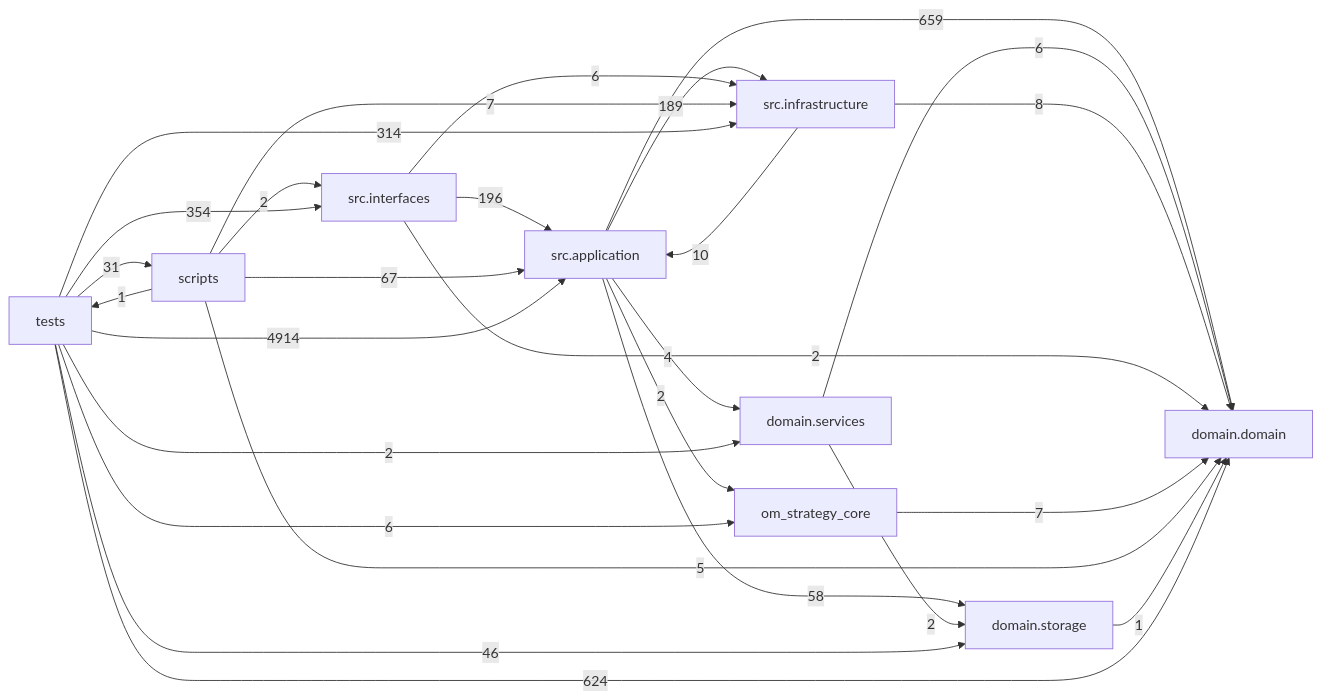
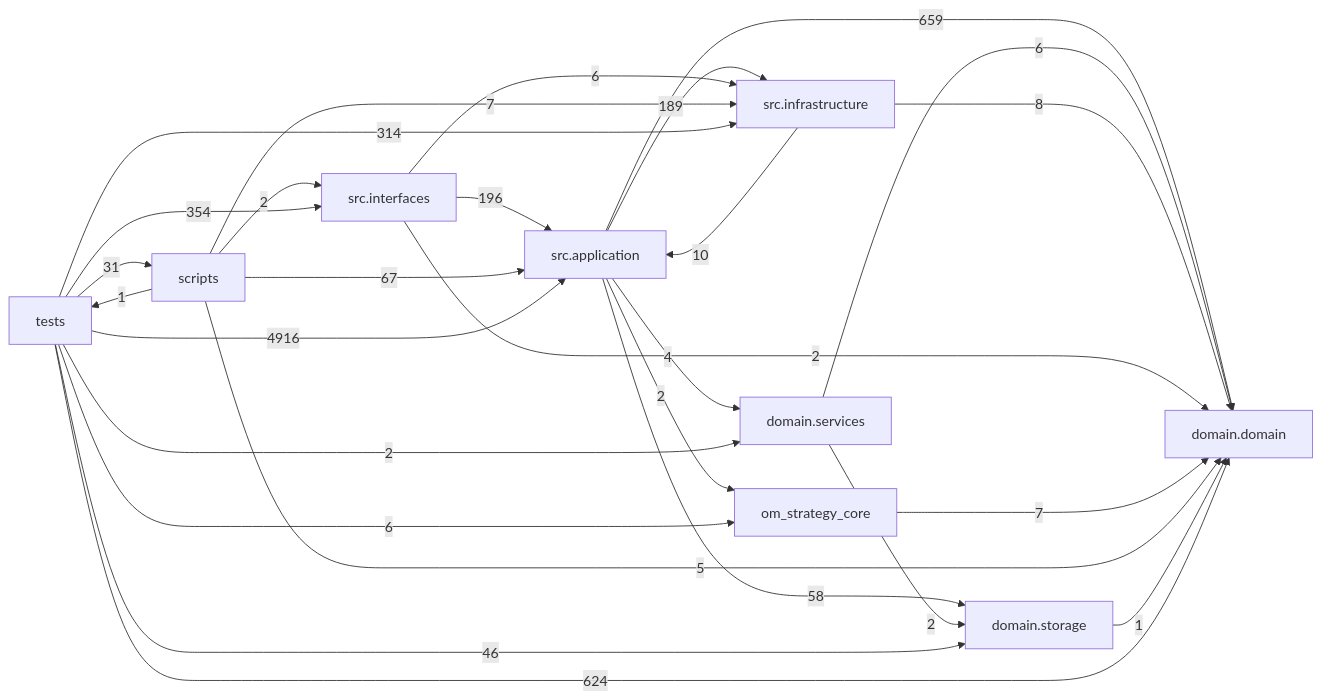
One commit to liuxie066/options-monitor changed the diagram in docs/DEPENDENCY_GRAPH.md. Above: the diagram before and after it, drawn with Mermaid. The commit also changed other lines of this file and 5 other files, not shown here.

````diff
--- a/docs/DEPENDENCY_GRAPH.md
+++ b/docs/DEPENDENCY_GRAPH.md
@@ -24,38 +24,38 @@
 ```mermaid
 flowchart LR
   tests["tests"]
   scripts["scripts"]
   interfaces["src.interfaces"]
   application["src.application"]
   infrastructure["src.infrastructure"]
   domain_services["domain.services"]
   domain["domain.domain"]
   storage["domain.storage"]
   application -->|659| domain
   application -->|4| domain_services
   application -->|189| infrastructure
   application -->|2| om_strategy_core
   application -->|58| storage
   domain_services -->|6| domain
   domain_services -->|2| storage
   infrastructure -->|10| application
   infrastructure -->|8| domain
   interfaces -->|196| application
   interfaces -->|2| domain
   interfaces -->|6| infrastructure
   om_strategy_core -->|7| domain
   scripts -->|67| application
   scripts -->|5| domain
   scripts -->|7| infrastructure
   scripts -->|2| interfaces
   scripts -->|1| tests
   storage -->|1| domain
-  tests -->|4914| application
+  tests -->|4916| application
   tests -->|624| domain
   tests -->|2| domain_services
   tests -->|314| infrastructure
   tests -->|354| interfaces
   tests -->|6| om_strategy_core
   tests -->|31| scripts
   tests -->|46| storage
 ```
````
